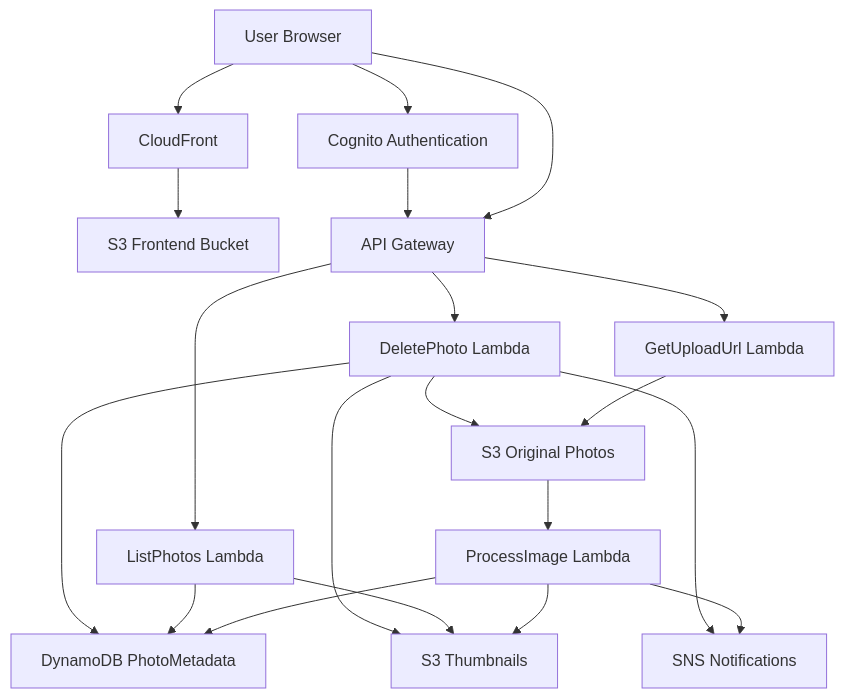
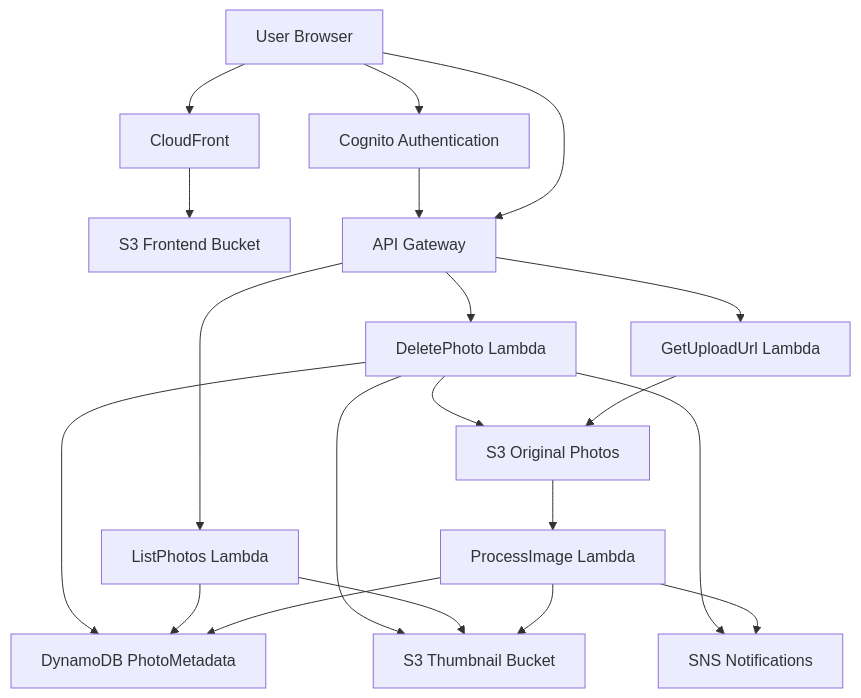
One commit to deepikacloud-learner/aws-serverless-photo-gallery changed the diagram in README.md. Above: the diagram before and after it, drawn with Mermaid.

Commit message:
Update AWS architecture diagram in README
Updated system architecture diagram to improve clarity and detail.

````diff
--- a/README.md
+++ b/README.md
@@ -40,22 +40,27 @@
 ```mermaid
-flowchart TD
-    A[User Browser] --> B[CloudFront]
-    B --> C[S3 Frontend Bucket]
-    A --> D[Cognito Authentication]
-    A --> E[API Gateway]
-    D --> E
-    E --> F[GetUploadUrl Lambda]
-    F --> G[S3 Original Photos]
-    G --> H[ProcessImage Lambda]
-    H --> I[S3 Thumbnails]
-    H --> J[DynamoDB PhotoMetadata]
-    H --> K[SNS Notifications]
-    E --> L[ListPhotos Lambda]
-    L --> J
-    L --> I
-    E --> M[DeletePhoto Lambda]
-    M --> J
-    M --> G
-    M --> I
-    M --> K
+graph TD
+    U[User Browser] --> CF[CloudFront]
+    CF --> FE[S3 Frontend Bucket]
+
+    U --> C[Cognito Authentication]
+    U --> API[API Gateway]
+    C --> API
+
+    API --> UP[GetUploadUrl Lambda]
+    UP --> ORIG[S3 Original Photos]
+
+    ORIG --> PROC[ProcessImage Lambda]
+    PROC --> THUMB[S3 Thumbnail Bucket]
+    PROC --> DB[DynamoDB PhotoMetadata]
+    PROC --> SNS[SNS Notifications]
+
+    API --> LIST[ListPhotos Lambda]
+    LIST --> DB
+    LIST --> THUMB
+
+    API --> DEL[DeletePhoto Lambda]
+    DEL --> DB
+    DEL --> ORIG
+    DEL --> THUMB
+    DEL --> SNS
 ```
````
